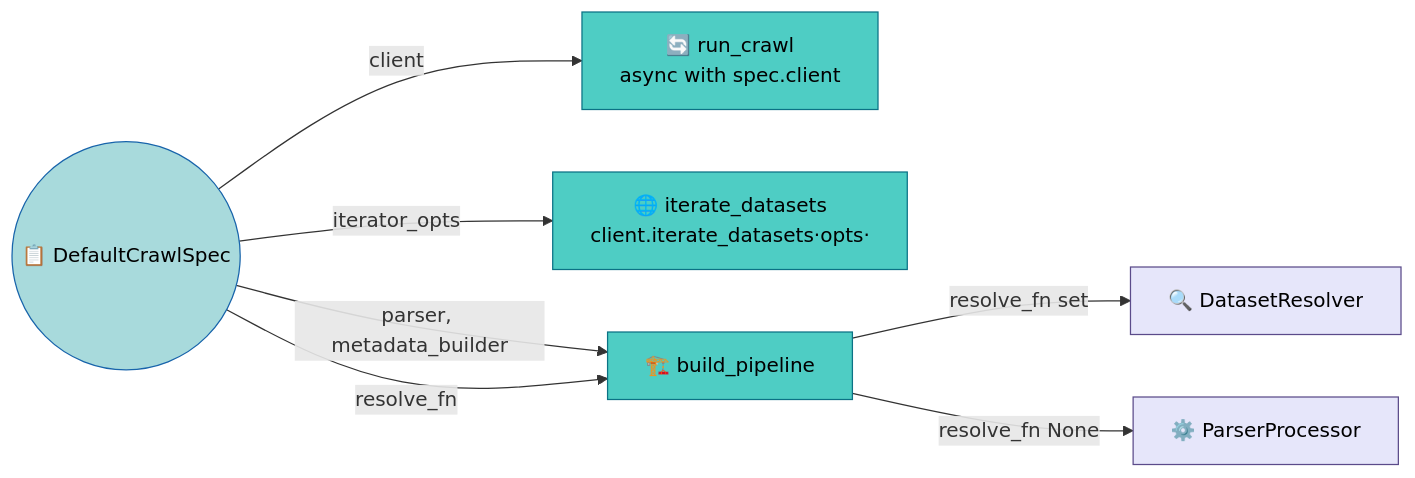
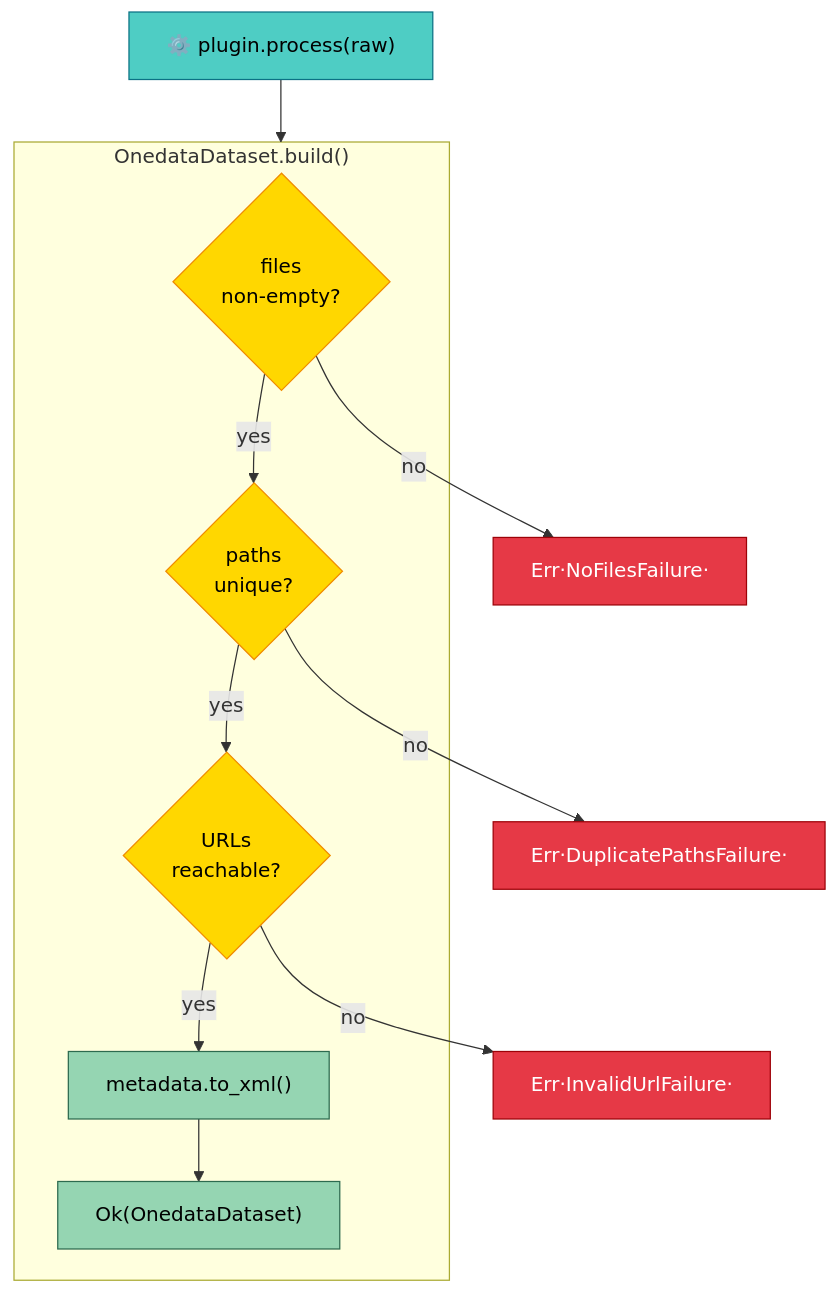
The second of 4 diagrams in docs/crawlers/arch/plugin-system.md (bergamote156/repository-crawlers), drawn with Mermaid before and after one commit. The commit also changed other lines of this file and 7 other files, not shown here.

````diff
--- a/docs/crawlers/arch/plugin-system.md
+++ b/docs/crawlers/arch/plugin-system.md
@@ -235,20 +301,30 @@
 ```mermaid
-graph LR
-    SPEC((📋 DefaultCrawlSpec))
+graph TB
+    PROC["⚙️ plugin.process(raw)"]
 
-    SPEC -->|client| RW["🔄 run_crawl\nasync with spec.client"]
-    SPEC -->|iterator_opts| ID["🌐 iterate_datasets\nclient.iterate_datasets·opts·"]
-    SPEC -->|parser, metadata_builder| BP["🏗️ build_pipeline"]
-    SPEC -->|resolve_fn| BP
+    subgraph Build["OnedataDataset.build()"]
+        CHK1{"files\nnon-empty?"}
+        CHK2{"paths\nunique?"}
+        CHK3{"URLs\nreachable?"}
+        XML["metadata.to_xml()"]
+        OK["Ok(OnedataDataset)"]
+    end
 
-    BP -->|resolve_fn set| DR["🔍 DatasetResolver"]
-    BP -->|resolve_fn None| PP["⚙️ ParserProcessor"]
+    PROC --> Build
+    CHK1 -->|yes| CHK2
+    CHK1 -->|no| ERR1["Err·NoFilesFailure·"]
+    CHK2 -->|yes| CHK3
+    CHK2 -->|no| ERR2["Err·DuplicatePathsFailure·"]
+    CHK3 -->|yes| XML --> OK
+    CHK3 -->|no| ERR3["Err·InvalidUrlFailure·"]
 
-    classDef spec fill:#A8DADC,stroke:#1864AB,color:#000
-    classDef lifecycle fill:#4ECDC4,stroke:#0B7285,color:#000
-    classDef processor fill:#E6E6FA,stroke:#5B4B8A,color:#000
+    classDef process fill:#4ECDC4,stroke:#0B7285,color:#000
+    classDef check fill:#FFD700,stroke:#F08C00,color:#000
+    classDef success fill:#95D5B2,stroke:#2D6A4F,color:#000
+    classDef error fill:#E63946,stroke:#9D0208,color:#fff
 
-    class SPEC spec
-    class RW,ID,BP lifecycle
-    class DR,PP processor
+    class PROC process
+    class CHK1,CHK2,CHK3 check
+    class XML,OK success
+    class ERR1,ERR2,ERR3 error
 ```
````
